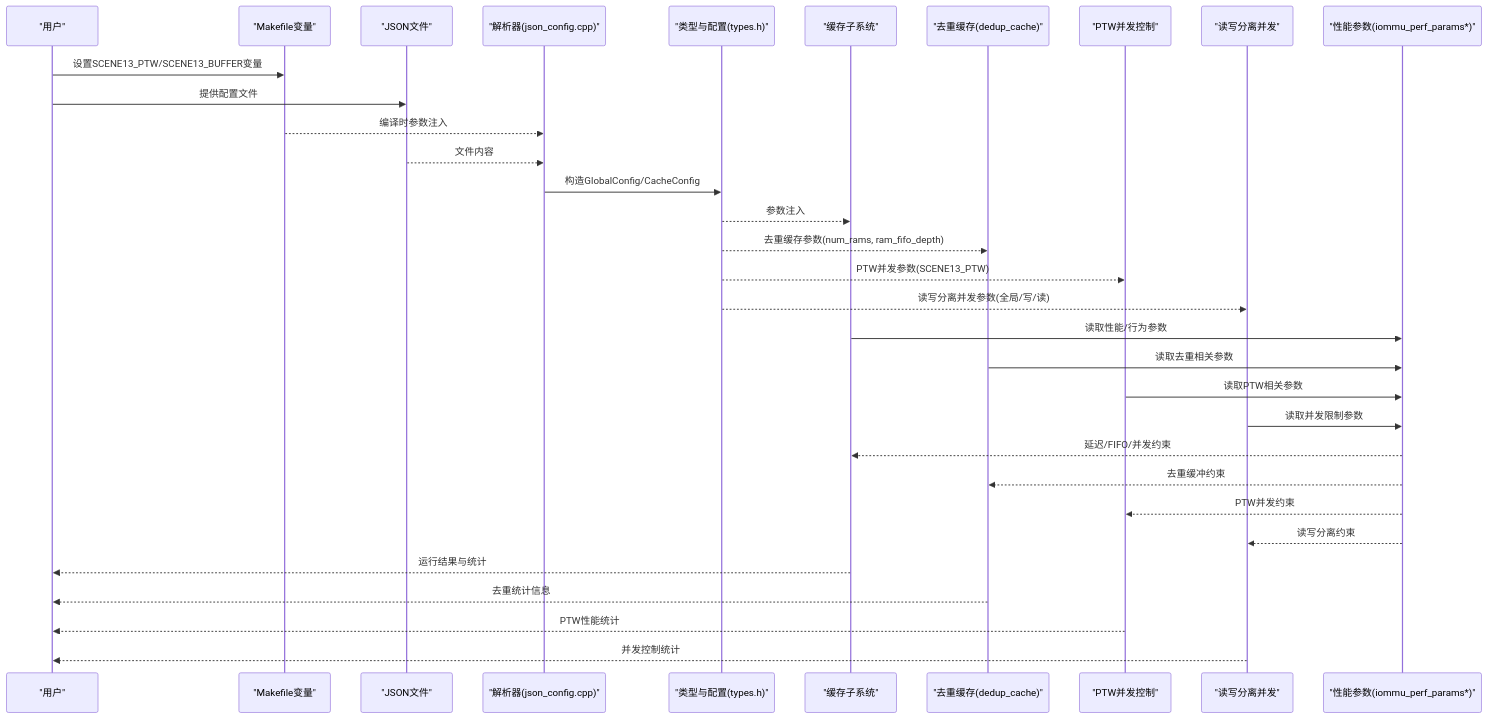
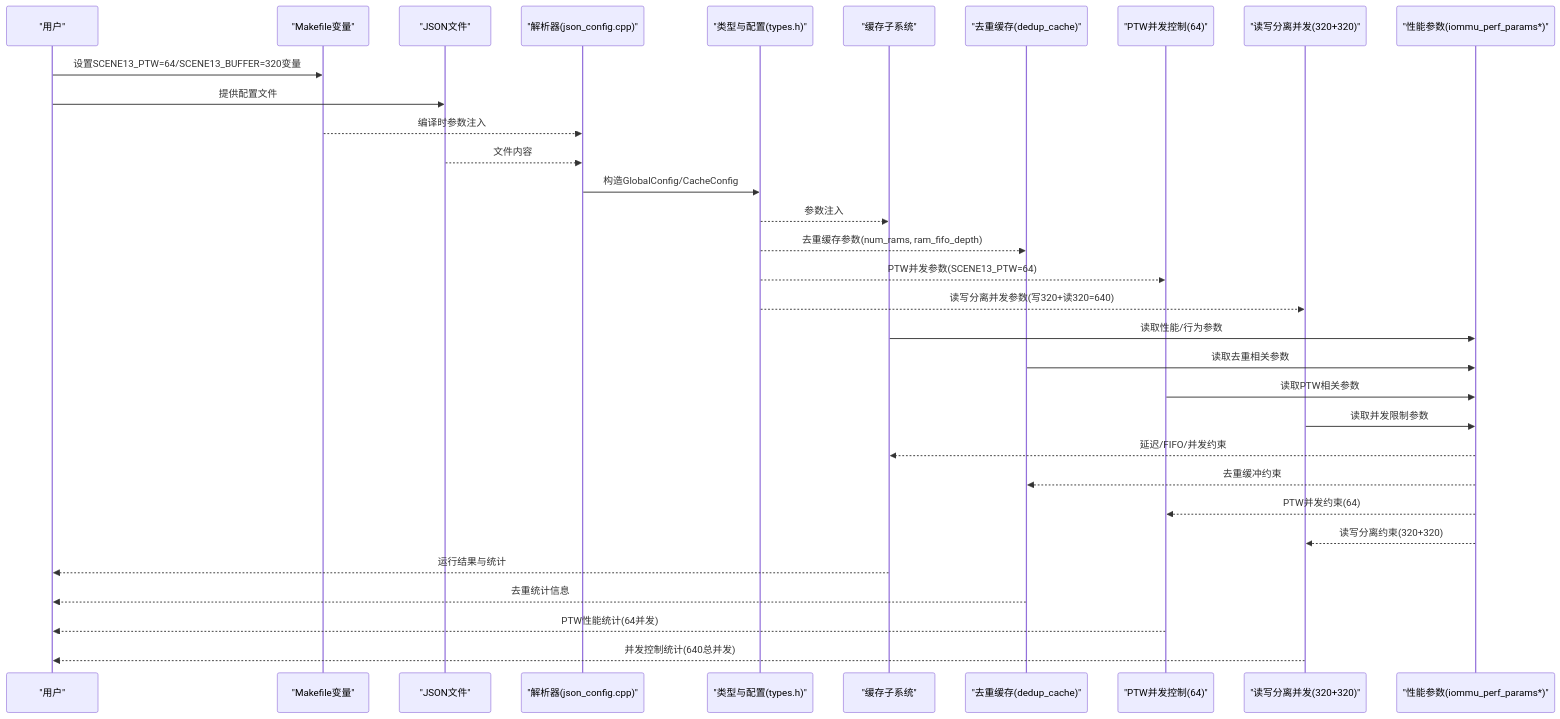
One commit to jiangjiang1122/iommu_model_20260401_v1 changed the second of 4 diagrams in .qoder/repowiki/zh/content/配置与参数/配置与参数.md. Above: the diagram before and after it, drawn with Mermaid. The commit also changed other lines of this file and 55 other files, not shown here.

````diff
--- a/.qoder/repowiki/zh/content/配置与参数/配置与参数.md
+++ b/.qoder/repowiki/zh/content/配置与参数/配置与参数.md
@@ -138,34 +138,34 @@
 ```mermaid
 sequenceDiagram
 participant U as "用户"
 participant M as "Makefile变量"
 participant J as "JSON文件"
 participant P as "解析器(json_config.cpp)"
 participant T as "类型与配置(types.h)"
 participant S as "缓存子系统"
 participant D as "去重缓存(dedup_cache)"
-participant W as "PTW并发控制"
-participant R as "读写分离并发"
+participant W as "PTW并发控制(64)"
+participant R as "读写分离并发(320+320)"
 participant PF as "性能参数(iommu_perf_params*)"
-U->>M : 设置SCENE13_PTW/SCENE13_BUFFER变量
+U->>M : 设置SCENE13_PTW=64/SCENE13_BUFFER=320变量
 U->>J : 提供配置文件
 M-->>P : 编译时参数注入
 J-->>P : 文件内容
 P->>T : 构造GlobalConfig/CacheConfig
 T-->>S : 参数注入
 T-->>D : 去重缓存参数(num_rams, ram_fifo_depth)
-T-->>W : PTW并发参数(SCENE13_PTW)
-T-->>R : 读写分离并发参数(全局/写/读)
+T-->>W : PTW并发参数(SCENE13_PTW=64)
+T-->>R : 读写分离并发参数(写320+读320=640)
 S->>PF : 读取性能/行为参数
 D->>PF : 读取去重相关参数
 W->>PF : 读取PTW相关参数
 R->>PF : 读取并发限制参数
 PF-->>S : 延迟/FIFO/并发约束
 PF-->>D : 去重缓冲约束
-PF-->>W : PTW并发约束
-PF-->>R : 读写分离约束
+PF-->>W : PTW并发约束(64)
+PF-->>R : 读写分离约束(320+320)
 S-->>U : 运行结果与统计
 D-->>U : 去重统计信息
-W-->>U : PTW性能统计
-R-->>U : 并发控制统计
+W-->>U : PTW性能统计(64并发)
+R-->>U : 并发控制统计(640总并发)
 ```
````
